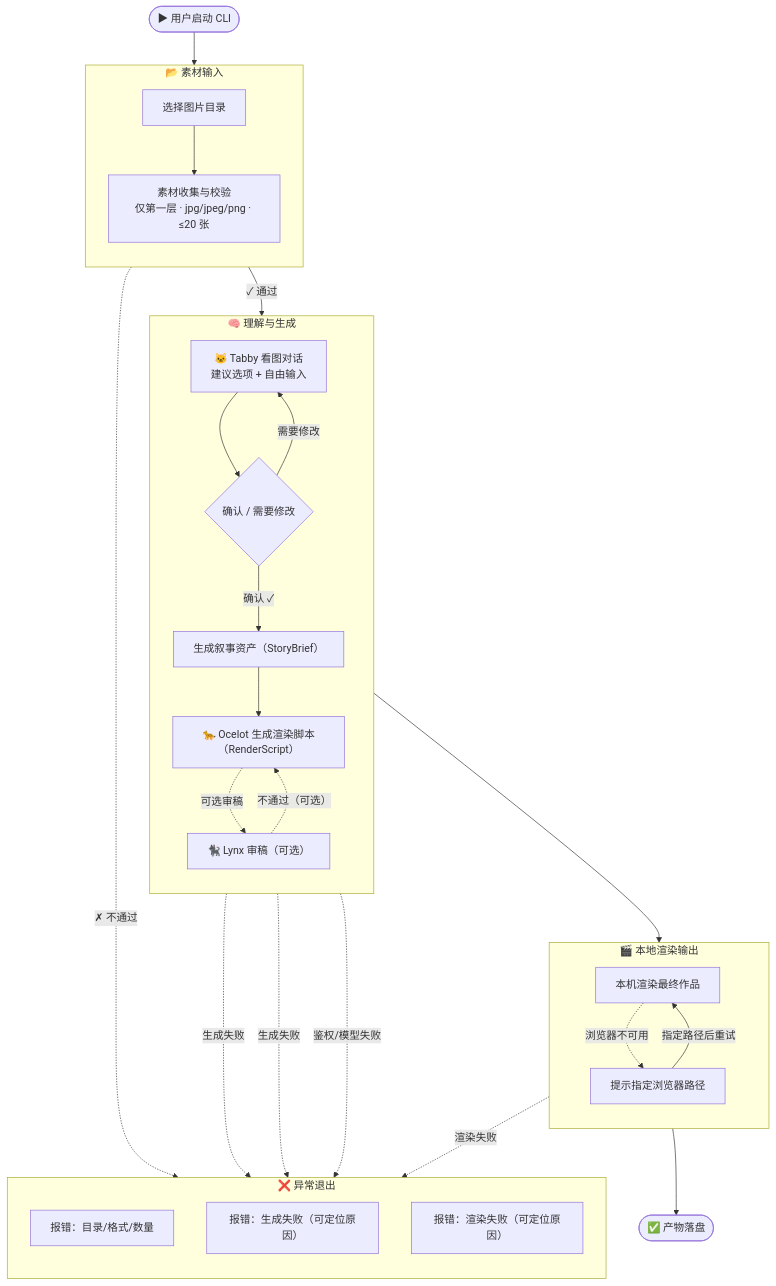
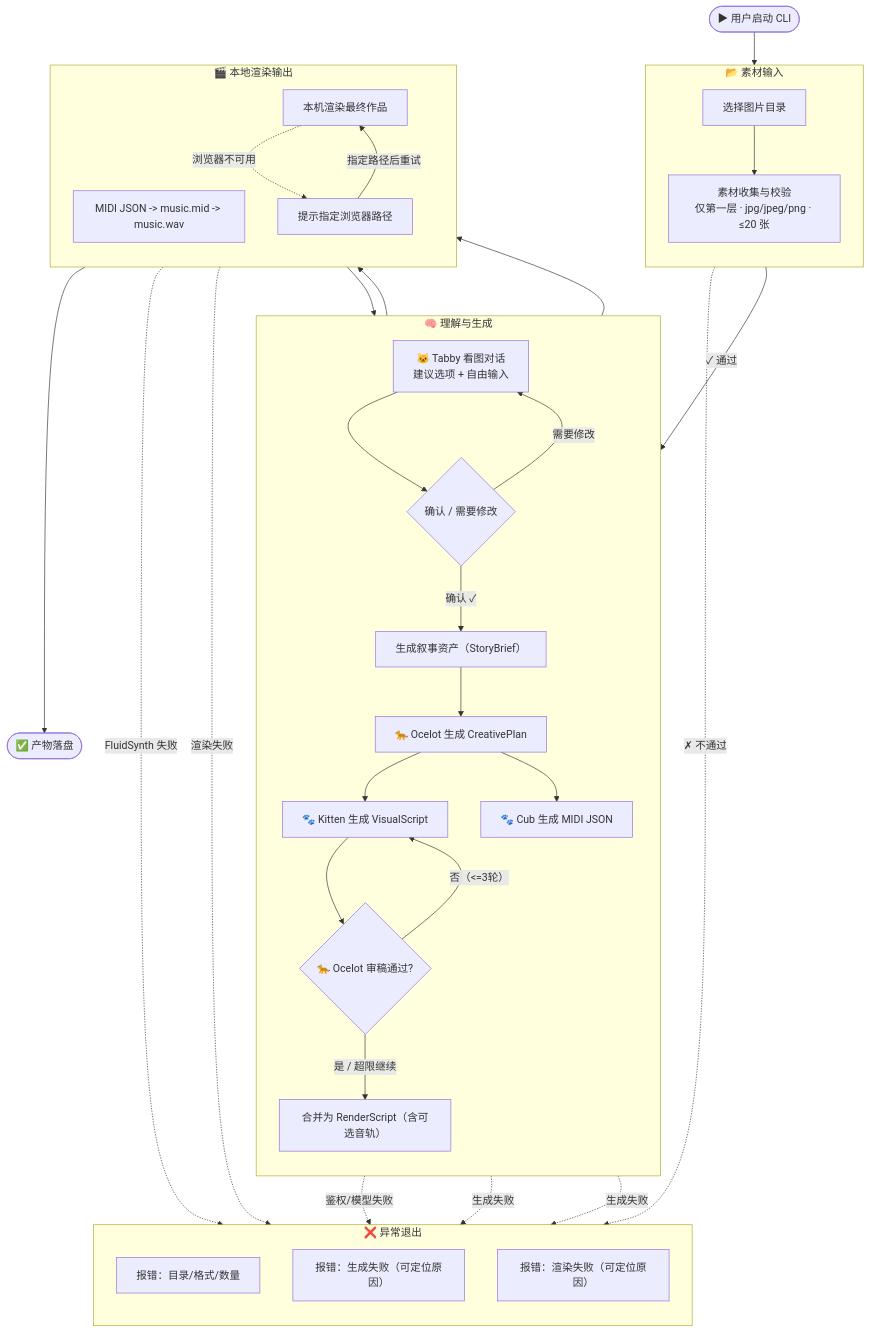
One commit to chiimagnus/LihuaCat changed the diagram in .github/docs/business-logic.md. Above: the diagram before and after it, drawn with Mermaid. The commit also changed other lines of this file and 2 other files, not shown here.

Commit message:
docs: task21 align architecture docs with ocelot creative director

````diff
--- a/.github/docs/business-logic.md
+++ b/.github/docs/business-logic.md
@@ -108,57 +122,65 @@
 ```mermaid
 flowchart TD
   Start(["▶ 用户启动 CLI"])
   Done(["✅ 产物落盘"])
 
   subgraph input ["📂 素材输入"]
     direction TB
     PickDir["选择图片目录"]
     Intake["素材收集与校验<br/>仅第一层 · jpg/jpeg/png · ≤20 张"]
   end
 
   subgraph ai ["🧠 理解与生成"]
     direction TB
     Tabby["🐱 Tabby 看图对话<br/>建议选项 + 自由输入"]
     Confirm{"确认 / 需要修改"}
     Brief["生成叙事资产（StoryBrief）"]
-    Ocelot["🐆 Ocelot 生成渲染脚本（RenderScript）"]
-    Review["🐈‍⬛ Lynx 审稿（可选）"]
+    OcelotPlan["🐆 Ocelot 生成 CreativePlan"]
+    Kitten["🐾 Kitten 生成 VisualScript"]
+    Cub["🐾 Cub 生成 MIDI JSON"]
+    OcelotReview{"🐆 Ocelot 审稿通过?"}
+    Merge["合并为 RenderScript（含可选音轨）"]
   end
 
   subgraph render ["🎬 本地渲染输出"]
     direction TB
+    Audio["MIDI JSON -> music.mid -> music.wav"]
     Render["本机渲染最终作品"]
     NeedBrowser["提示指定浏览器路径"]
   end
 
   subgraph fail ["❌ 异常退出"]
     direction TB
     FailInput["报错：目录/格式/数量"]
     FailAI["报错：生成失败（可定位原因）"]
     FailRender["报错：渲染失败（可定位原因）"]
   end
 
   Start --> PickDir
   PickDir --> Intake
   Intake -- "✓ 通过" --> Tabby
   Intake -. "✗ 不通过" .-> FailInput
 
   Tabby --> Confirm
   Confirm -- "需要修改" --> Tabby
   Confirm -- "确认 ✓" --> Brief
-  Brief --> Ocelot
-
-  Ocelot -. "可选审稿" .-> Review
-  Review -. "不通过（可选）" .-> Ocelot
-
-  Ocelot --> Render
+  Brief --> OcelotPlan
+  OcelotPlan --> Kitten
+  OcelotPlan --> Cub
+  Kitten --> OcelotReview
+  Cub --> Audio
+  Audio --> OcelotReview
+  OcelotReview -- "否（<=3轮）" --> Kitten
+  OcelotReview -- "是 / 超限继续" --> Merge
+  Merge --> Render
   Render --> Done
 
   Tabby -. "鉴权/模型失败" .-> FailAI
   Brief -. "生成失败" .-> FailAI
-  Ocelot -. "生成失败" .-> FailAI
+  OcelotPlan -. "生成失败" .-> FailAI
+  Audio -. "FluidSynth 失败" .-> FailAI
 
   Render -. "浏览器不可用" .-> NeedBrowser
   NeedBrowser -- "指定路径后重试" --> Render
   Render -. "渲染失败" .-> FailRender
 ```
````
